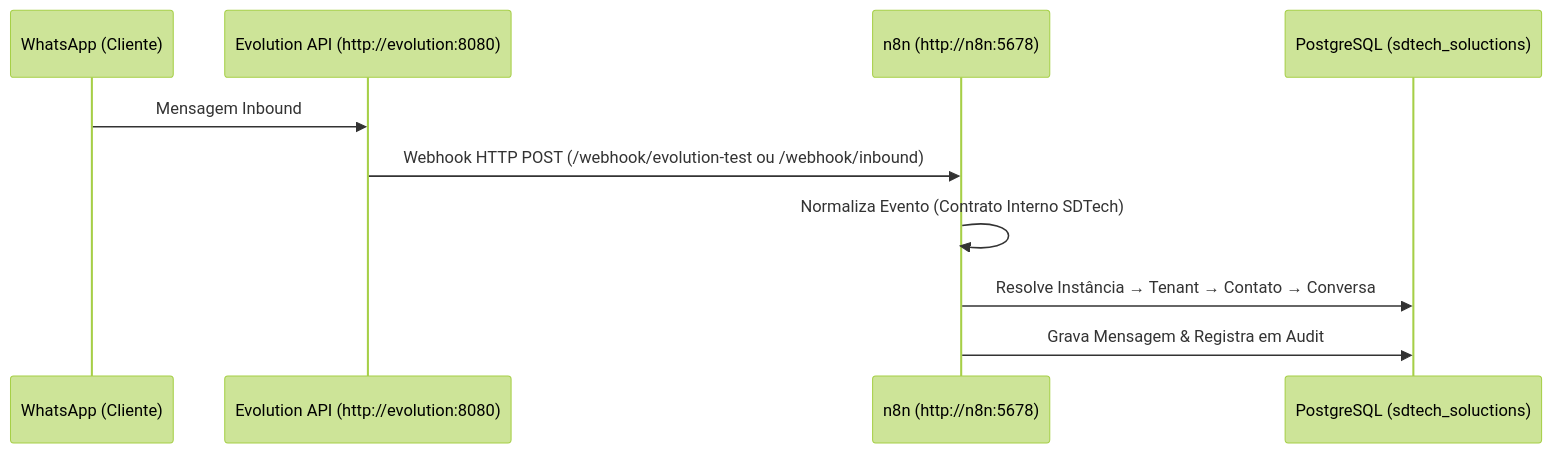
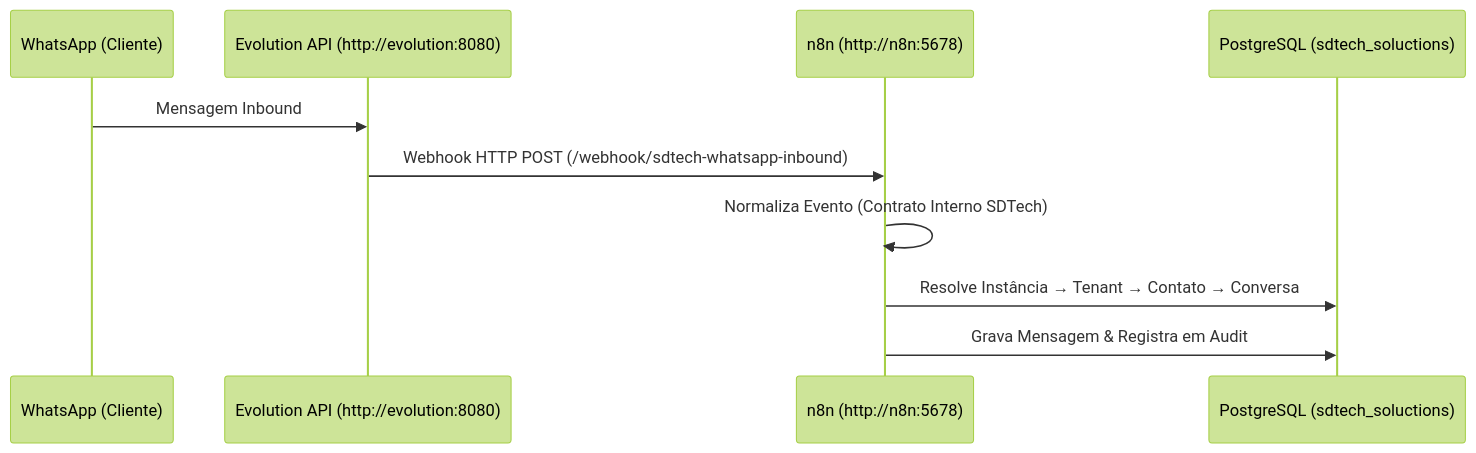
Before and after one commit to SDTech-tec/sdtech-job_hunter: the diagram in docs/architecture/evolution-webhook.md, drawn with Mermaid (forest theme). The commit also changed 9 other files, not shown here.

````diff
--- a/docs/architecture/evolution-webhook.md
+++ b/docs/architecture/evolution-webhook.md
@@ -7,13 +7,13 @@
 ```mermaid
 sequenceDiagram
     participant W as WhatsApp (Cliente)
     participant E as Evolution API (http://evolution:8080)
     participant N as n8n (http://n8n:5678)
     participant DB as PostgreSQL (sdtech_soluctions)
 
     W->>E: Mensagem Inbound
-    E->>N: Webhook HTTP POST (/webhook/evolution-test ou /webhook/inbound)
+    E->>N: Webhook HTTP POST (/webhook/sdtech-whatsapp-inbound)
     N->>N: Normaliza Evento (Contrato Interno SDTech)
     N->>DB: Resolve Instância → Tenant → Contato → Conversa
     N->>DB: Grava Mensagem & Registra em Audit
 ```
````
